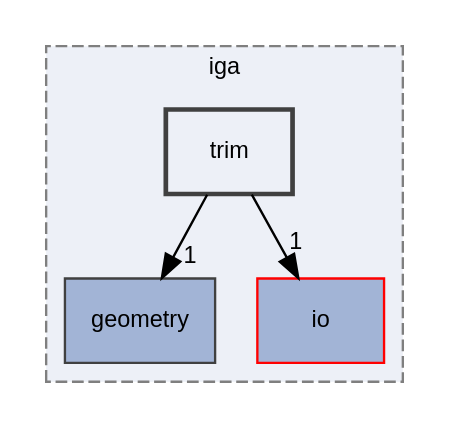
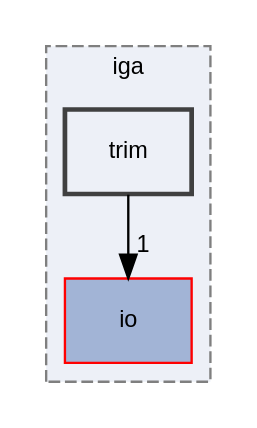
One commit to rath3t/dune-iga-doc changed the diagram in dir_3a8a27db37838cd238997301ec88b300_dep.dot. Above: the diagram before and after it, drawn with Graphviz. The commit also changed 946 other files, not shown here.

```diff
--- a/dir_3a8a27db37838cd238997301ec88b300_dep.dot
+++ b/dir_3a8a27db37838cd238997301ec88b300_dep.dot
@@ -1,15 +1,13 @@
 digraph "trim"
 {
  // LATEX_PDF_SIZE
   edge [fontname="Helvetica",fontsize="10",labelfontname="Helvetica",labelfontsize="10"];
   node [fontname="Helvetica",fontsize="10",shape=record];
   compound=true
   subgraph clusterdir_d2a3c23294a1b1015b1b8e8721ddded8 {
     graph [ bgcolor="#edf0f7", pencolor="grey50", style="filled,dashed,", label="iga", fontname="Helvetica", fontsize="10", URL="dir_d2a3c23294a1b1015b1b8e8721ddded8.html"]
-  dir_b534248905b8119b36a62f0ff7e8fe43 [shape=box, label="geometry", style="filled,", fillcolor="#a2b4d6", color="grey25", URL="dir_b534248905b8119b36a62f0ff7e8fe43.html"];
   dir_c3ccff8517fbe337b2b8ad503c3a1590 [shape=box, label="io", style="filled,", fillcolor="#a2b4d6", color="red", URL="dir_c3ccff8517fbe337b2b8ad503c3a1590.html"];
   dir_3a8a27db37838cd238997301ec88b300 [shape=box, label="trim", style="filled,bold,", fillcolor="#edf0f7", color="grey25", URL="dir_3a8a27db37838cd238997301ec88b300.html"];
   }
-  dir_3a8a27db37838cd238997301ec88b300->dir_b534248905b8119b36a62f0ff7e8fe43 [headlabel="1", labeldistance=1.5 headhref="dir_000010_000003.html"];
   dir_3a8a27db37838cd238997301ec88b300->dir_c3ccff8517fbe337b2b8ad503c3a1590 [headlabel="1", labeldistance=1.5 headhref="dir_000010_000008.html"];
 }
```
